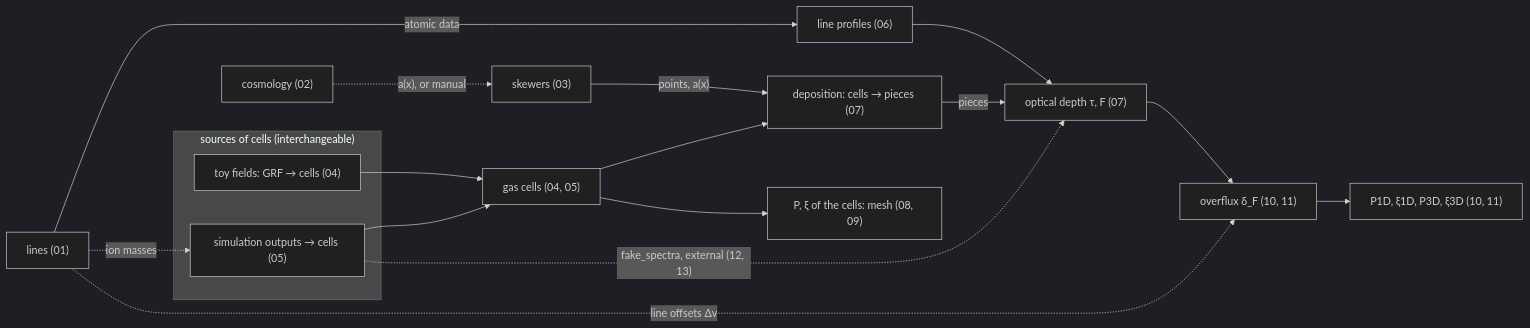
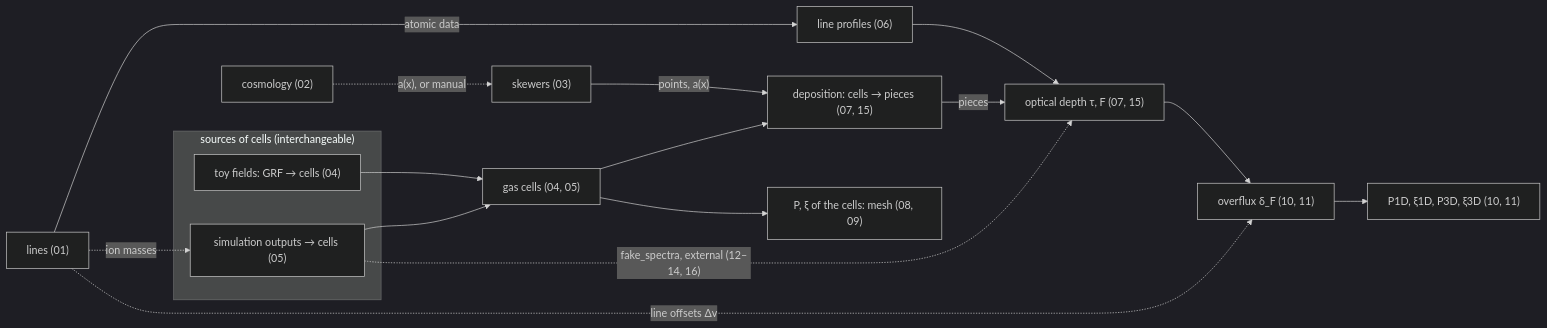
Before and after one commit to daniellopezcano/SkewerJAX: the third of 3 diagrams in README.md, drawn with Mermaid (dark theme). The commit also changed other lines of this file and 129 other files, not shown here.

````diff
--- a/README.md
+++ b/README.md
@@ -278,21 +280,21 @@
 ```mermaid
 flowchart LR
     L["lines (01)"] -- "atomic data" --> LP["line profiles (06)"]
-    LP --> T["optical depth τ, F (07)"]
+    LP --> T["optical depth τ, F (07, 15)"]
     C["cosmology (02)"] -. "a(x), or manual" .-> K["skewers (03)"]
     subgraph SRC["sources of cells (interchangeable)"]
         TS["toy fields: GRF → cells (04)"]
         SIM["simulation outputs → cells (05)"]
     end
     L -. "ion masses" .-> SIM
     TS --> F["gas cells (04, 05)"]
     SIM --> F
-    F --> D["deposition: cells → pieces (07)"]
+    F --> D["deposition: cells → pieces (07, 15)"]
     K -- "points, a(x)" --> D
     D -- pieces --> T
     F --> FS["P, ξ of the cells: mesh (08, 09)"]
     T --> O["overflux δ_F (10, 11)"]
     L -. "line offsets Δv" .-> O
     O --> P["P1D, ξ1D, P3D, ξ3D (10, 11)"]
-    SIM -. "fake_spectra, external (12, 13)" .-> T
+    SIM -. "fake_spectra, external (12–14, 16)" .-> T
 ```
````
